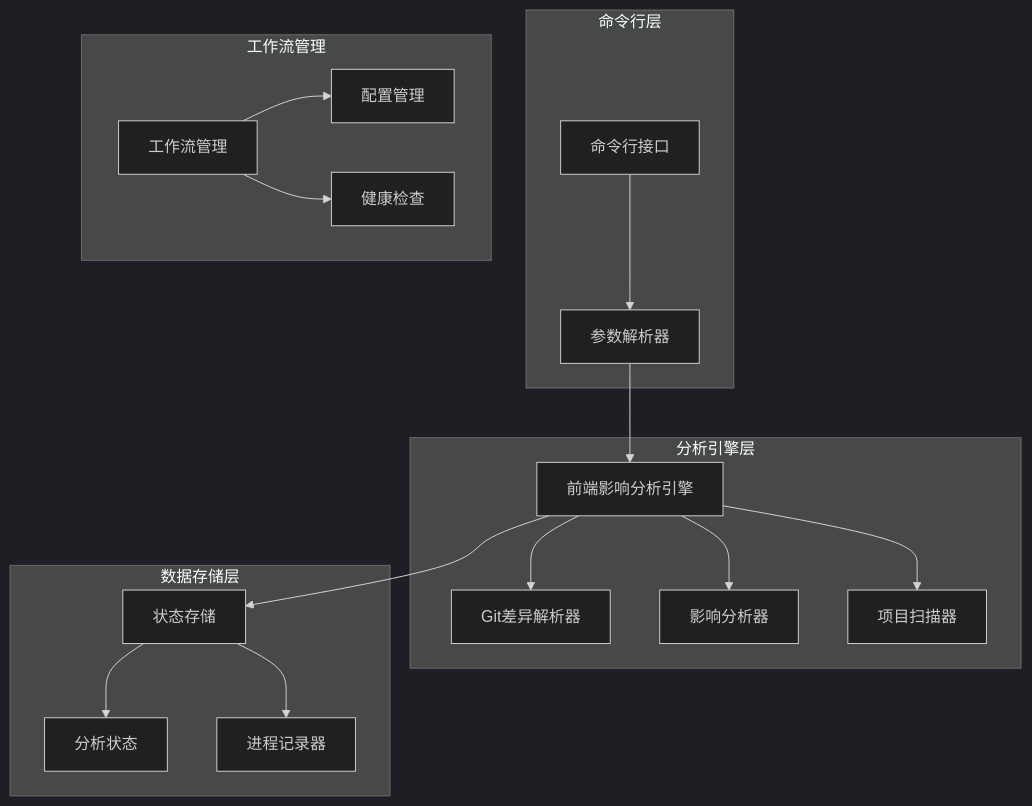
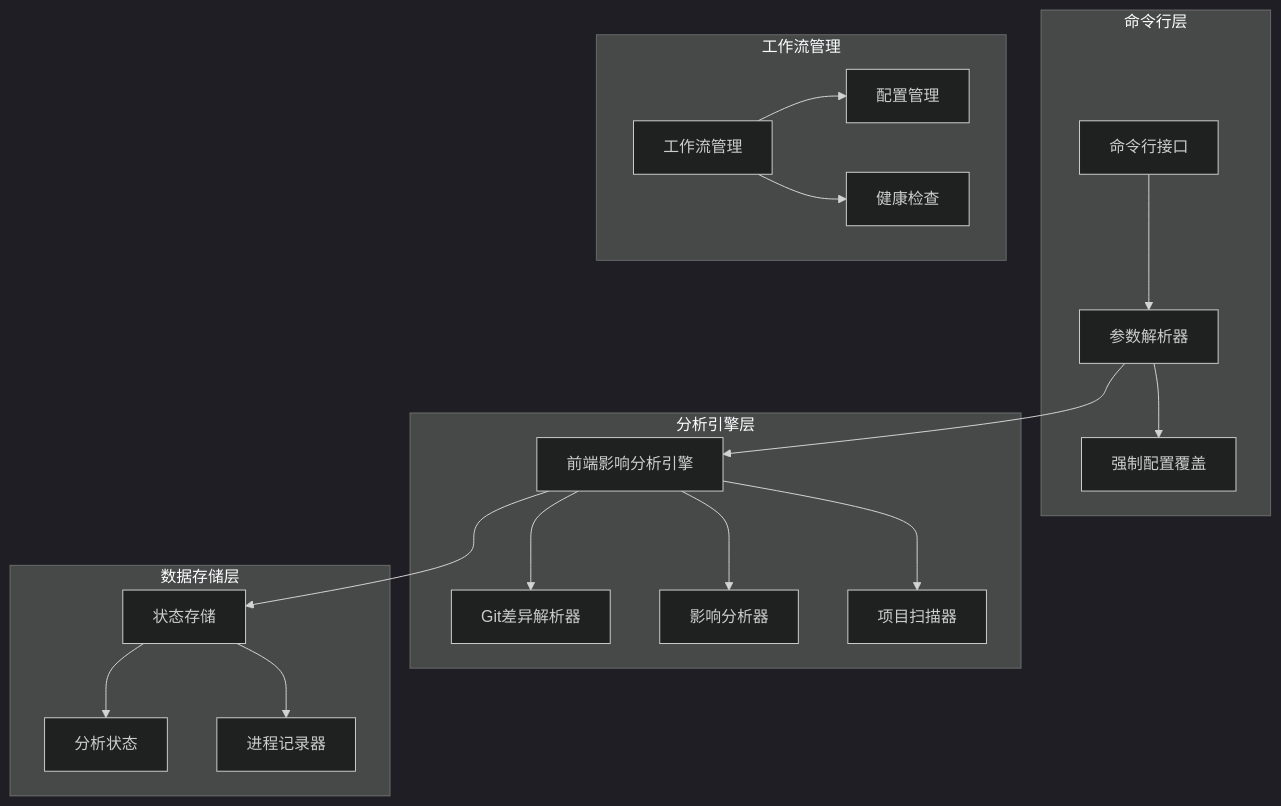
Before and after one commit to brand-new-remo/frontend-impact-analyzer: the first of 6 diagrams in .qoder/repowiki/zh/content/API参考/命令行接口.md, drawn with Mermaid (dark theme). The commit also changed other lines of this file and 8 other files, not shown here.

````diff
--- a/.qoder/repowiki/zh/content/API参考/命令行接口.md
+++ b/.qoder/repowiki/zh/content/API参考/命令行接口.md
@@ -35,33 +42,35 @@
 ```mermaid
 graph TB
 subgraph "命令行层"
 CLI[命令行接口]
 Parser[参数解析器]
+ForceConfig[强制配置覆盖]
 end
 subgraph "分析引擎层"
 Engine[前端影响分析引擎]
 DiffParser[Git差异解析器]
 ImpactAnalyzer[影响分析器]
 ProjectScanner[项目扫描器]
 end
 subgraph "数据存储层"
 StateStore[状态存储]
 AnalysisState[分析状态]
 ProcessRecorder[进程记录器]
 end
 subgraph "工作流管理"
 Workflow[工作流管理]
 Config[配置管理]
 Doctor[健康检查]
 end
 CLI --> Parser
+Parser --> ForceConfig
 Parser --> Engine
 Engine --> DiffParser
 Engine --> ImpactAnalyzer
 Engine --> ProjectScanner
 Engine --> StateStore
 StateStore --> AnalysisState
 StateStore --> ProcessRecorder
 Workflow --> Config
 Workflow --> Doctor
 ```
````
